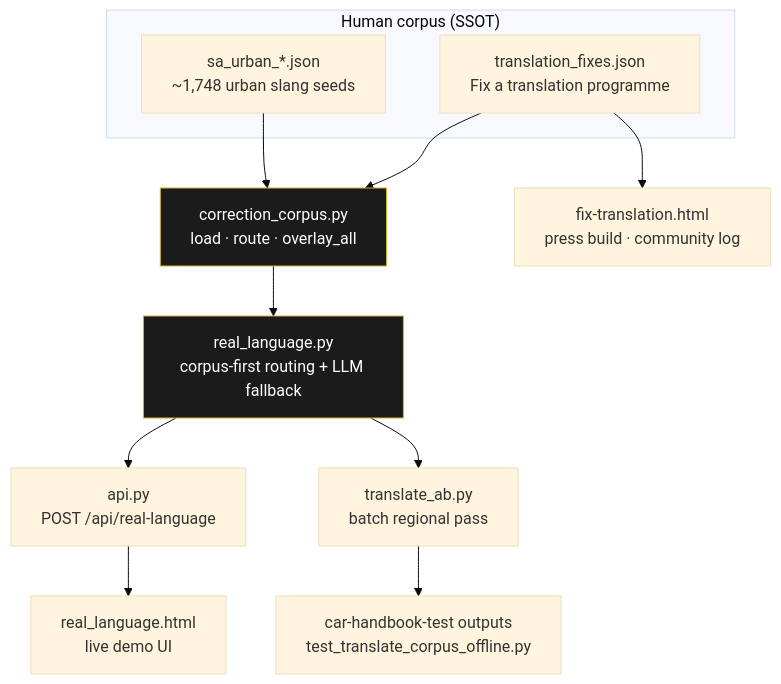
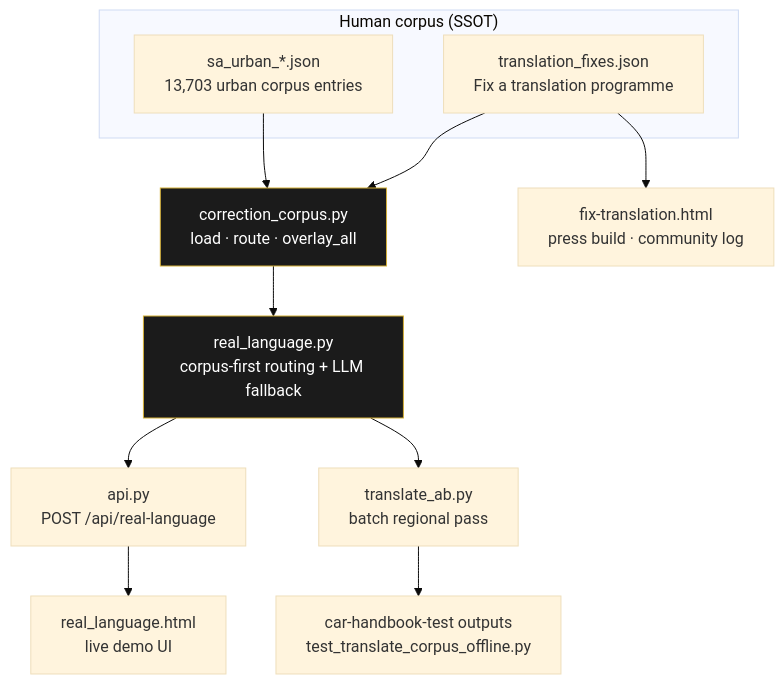
One commit to ajgreyling/arjuna-badger-press changed the ninth of 11 diagrams in docs/TECHNOLOGY.md. Above: the diagram before and after it, drawn with Mermaid (base theme). The commit also changed other lines of this file and 1 other file, not shown here.

First line of the commit message:
docs: TECHNOLOGY.md faithfulness-scan note + corpus count; refresh judgements

````diff
--- a/docs/TECHNOLOGY.md
+++ b/docs/TECHNOLOGY.md
@@ -420,18 +420,18 @@
 ```mermaid
 flowchart TB
     subgraph corpus["Human corpus (SSOT)"]
         TF[translation_fixes.json<br/>Fix a translation programme]
-        SA[sa_urban_*.json<br/>~1,748 urban slang seeds]
+        SA[sa_urban_*.json<br/>13,703 urban corpus entries]
     end
     CC[correction_corpus.py<br/>load · route · overlay_all]
     TF --> CC
     SA --> CC
     CC --> RL[real_language.py<br/>corpus-first routing + LLM fallback]
     RL --> API[api.py<br/>POST /api/real-language]
     RL --> BATCH[translate_ab.py<br/>batch regional pass]
     API --> UI[real_language.html<br/>live demo UI]
     BATCH --> FIX[car-handbook-test outputs<br/>test_translate_corpus_offline.py]
     TF --> PRESS[fix-translation.html<br/>press build · community log]
     classDef gate fill:#1b1b1b,stroke:#d4af37,color:#fff;
     class CC,RL gate;
 ```
````
